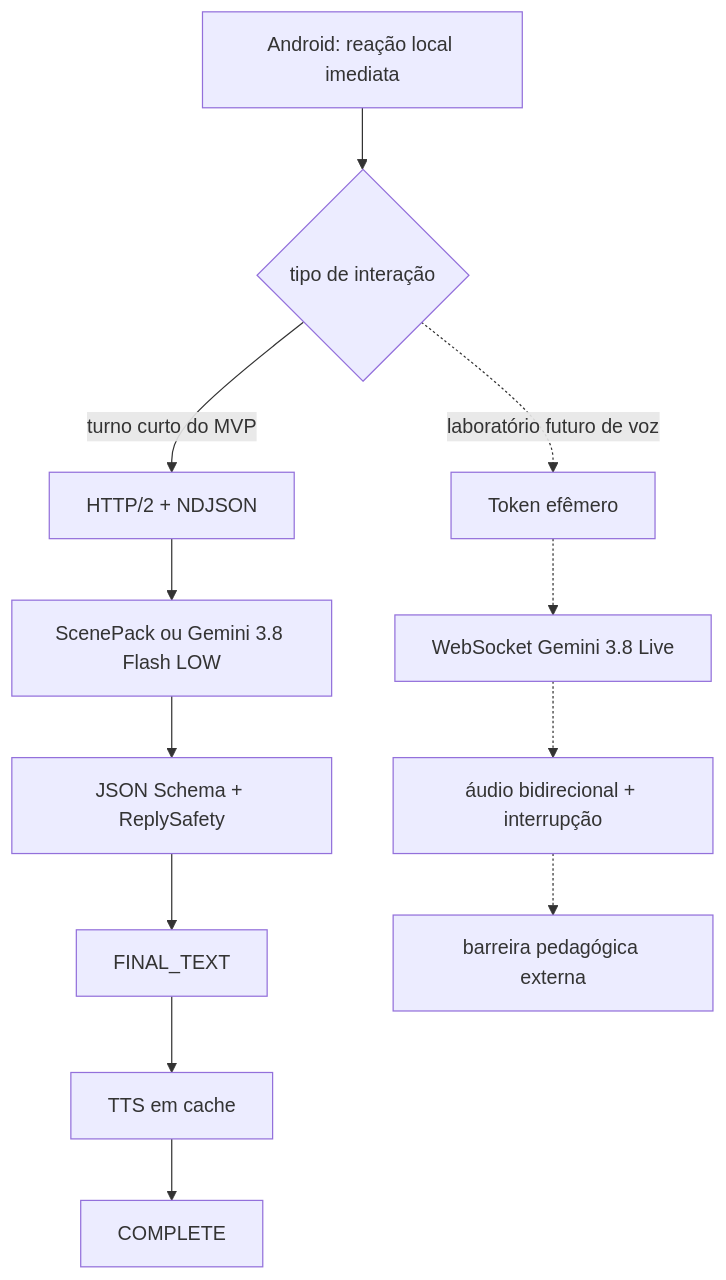
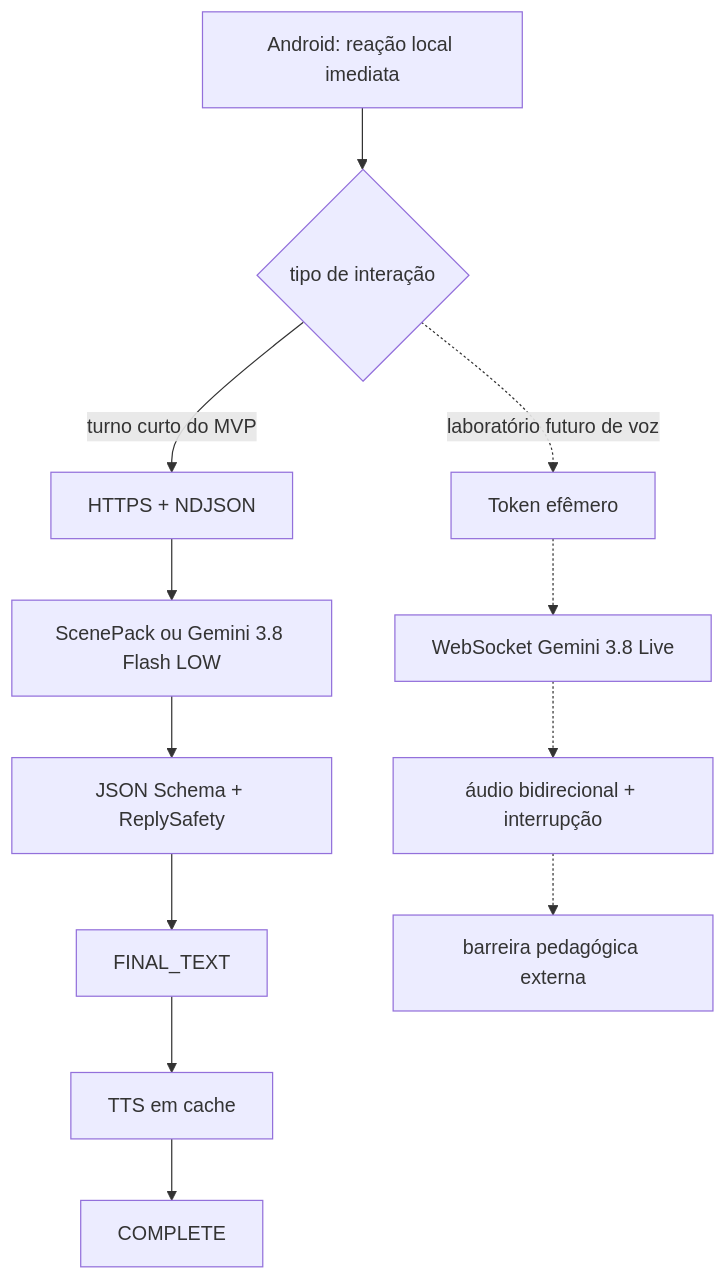
One commit to Victorzinn704/InterpretaAI changed the third of 5 diagrams in docs/AI_GATEWAY_HOT_PATH.md. Above: the diagram before and after it, drawn with Mermaid. The commit also changed other lines of this file and 5 other files, not shown here.

````diff
--- a/docs/AI_GATEWAY_HOT_PATH.md
+++ b/docs/AI_GATEWAY_HOT_PATH.md
@@ -254,14 +257,14 @@
 ```mermaid
 flowchart TB
     A[Android: reação local imediata] --> B{tipo de interação}
-    B -->|turno curto do MVP| C[HTTP/2 + NDJSON]
+    B -->|turno curto do MVP| C[HTTPS + NDJSON]
     C --> D[ScenePack ou Gemini 3.8 Flash LOW]
     D --> E[JSON Schema + ReplySafety]
     E --> F[FINAL_TEXT]
     F --> G[TTS em cache]
     G --> H[COMPLETE]
     B -.->|laboratório futuro de voz| I[Token efêmero]
     I -.-> J[WebSocket Gemini 3.8 Live]
     J -.-> K[áudio bidirecional + interrupção]
     K -.-> L[barreira pedagógica externa]
 ```
````
